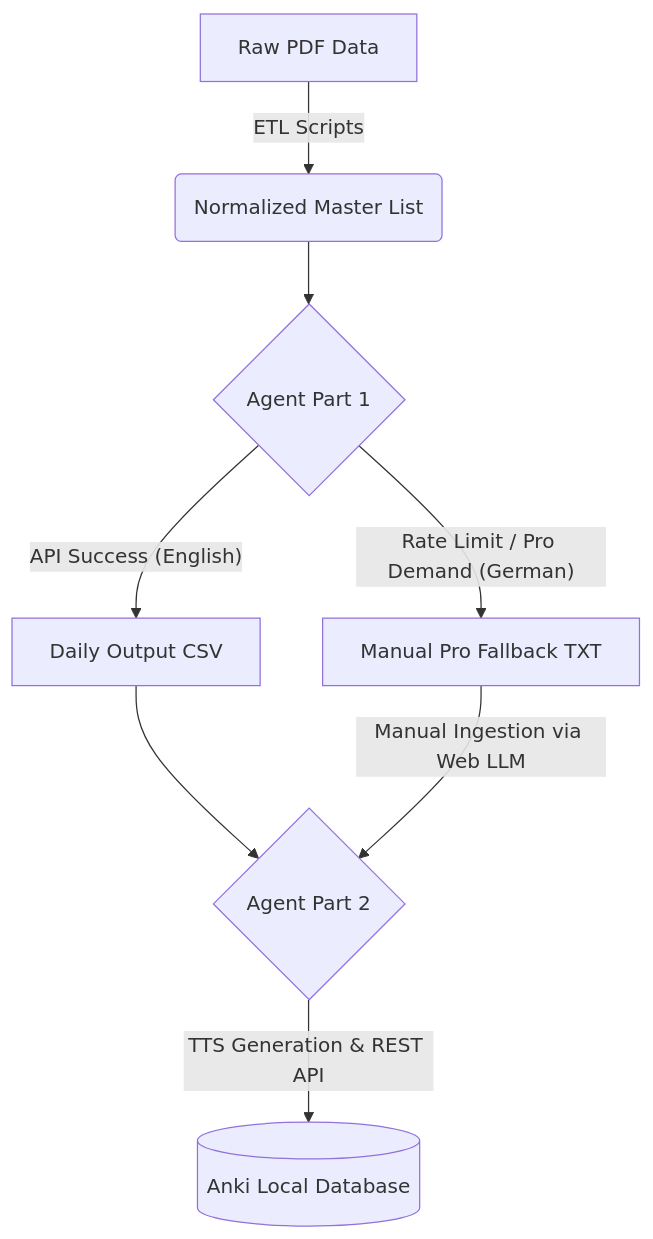
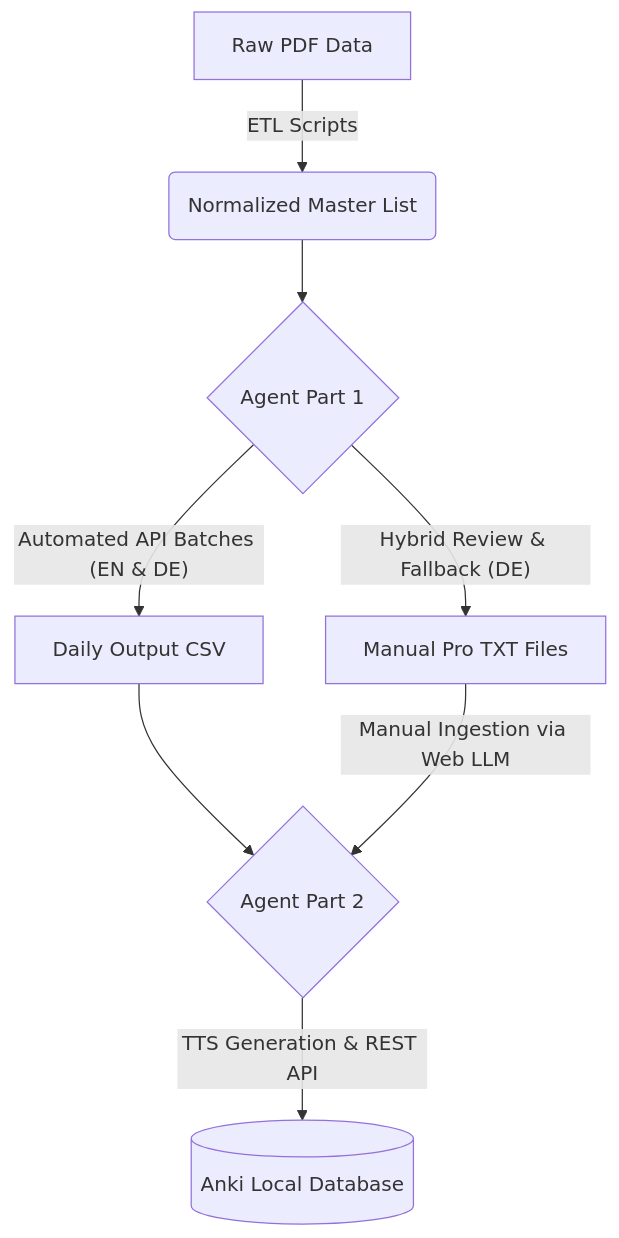
Before and after one commit to onuross/anki-llm-pipeline: the diagram in README.md, drawn with Mermaid. The commit also changed other lines of this file, not shown here.

First line of the commit message:
Revise README for model updates and architecture

````diff
--- a/README.md
+++ b/README.md
@@ -41,10 +41,10 @@
 ```mermaid
 graph TD
   A[Raw PDF Data] -->|ETL Scripts| B(Normalized Master List)
   B --> C{Agent Part 1}
-  C -->|"API Success (English)"| D[Daily Output CSV]
-  C -->|"Rate Limit / Pro Demand (German)"| E[Manual Pro Fallback TXT]
+  C -->|"Automated API Batches (EN & DE)"| D[Daily Output CSV]
+  C -->|"Hybrid Review & Fallback (DE)"| E[Manual Pro TXT Files]
   D --> F{Agent Part 2}
   E -->|"Manual Ingestion via Web LLM"| F
   F -->|"TTS Generation & REST API"| G[(Anki Local Database)]
-  ```
+```
````
